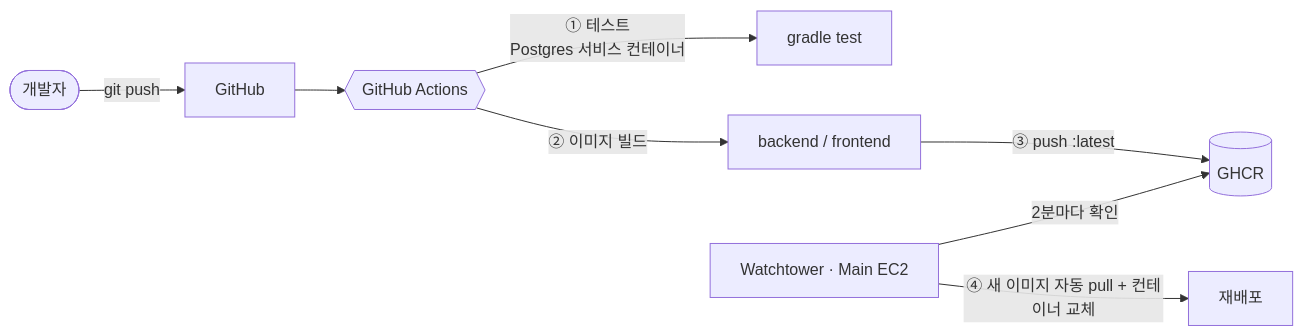
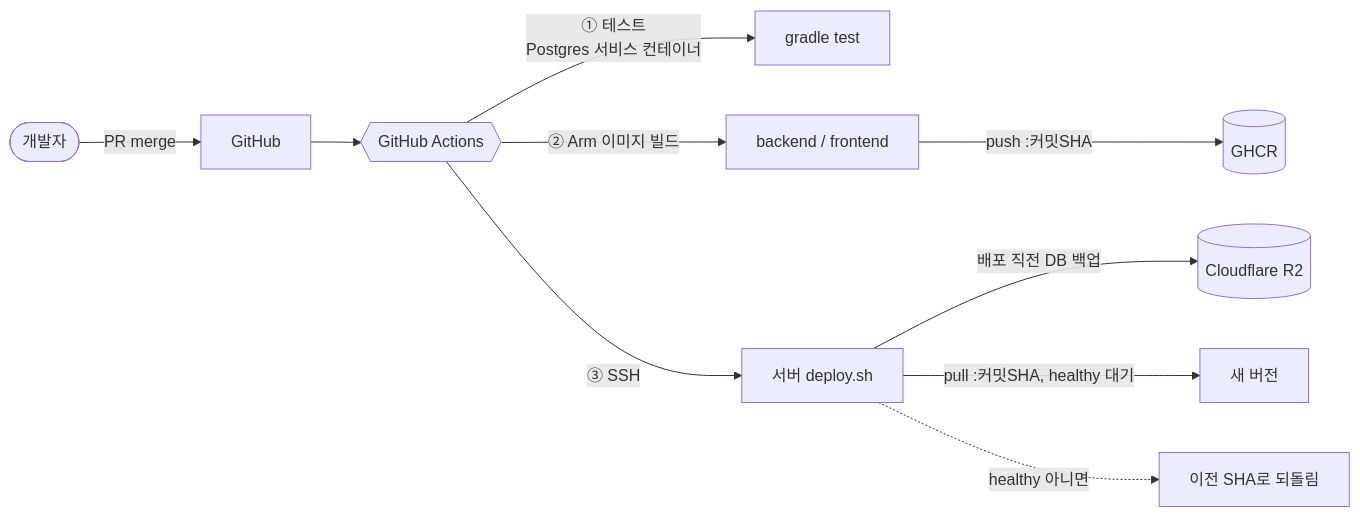
Before and after one commit to lovejg/codeXray_Spring: the second of 2 diagrams in README.md, drawn with Mermaid. The commit also changed other lines of this file and 14 other files, not shown here.

````diff
--- a/README.md
+++ b/README.md
@@ -99,10 +103,12 @@
 ```mermaid
 flowchart LR
-    dev([개발자]) -->|git push| gh[GitHub]
+    dev([개발자]) -->|PR merge| gh[GitHub]
     gh --> ci{{GitHub Actions}}
     ci -->|① 테스트<br/>Postgres 서비스 컨테이너| test[gradle test]
-    ci -->|② 이미지 빌드| build[backend / frontend]
-    build -->|③ push :latest| ghcr[(GHCR)]
-    wt[Watchtower · Main EC2] -->|2분마다 확인| ghcr
-    wt -->|④ 새 이미지 자동 pull + 컨테이너 교체| deploy[재배포]
+    ci -->|② Arm 이미지 빌드| build[backend / frontend]
+    build -->|push :커밋SHA| ghcr[(GHCR)]
+    ci -->|③ SSH| srv[서버 deploy.sh]
+    srv -->|배포 직전 DB 백업| r2[(Cloudflare R2)]
+    srv -->|pull :커밋SHA, healthy 대기| up[새 버전]
+    srv -.->|healthy 아니면| back[이전 SHA로 되돌림]
 ```
````
